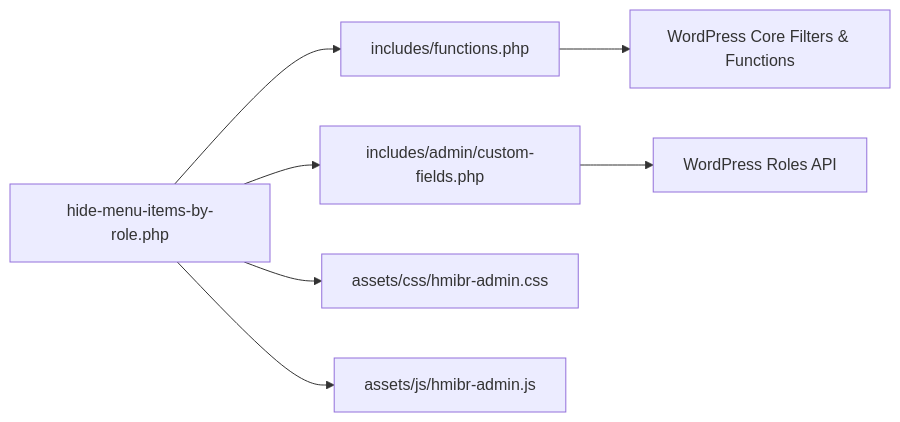
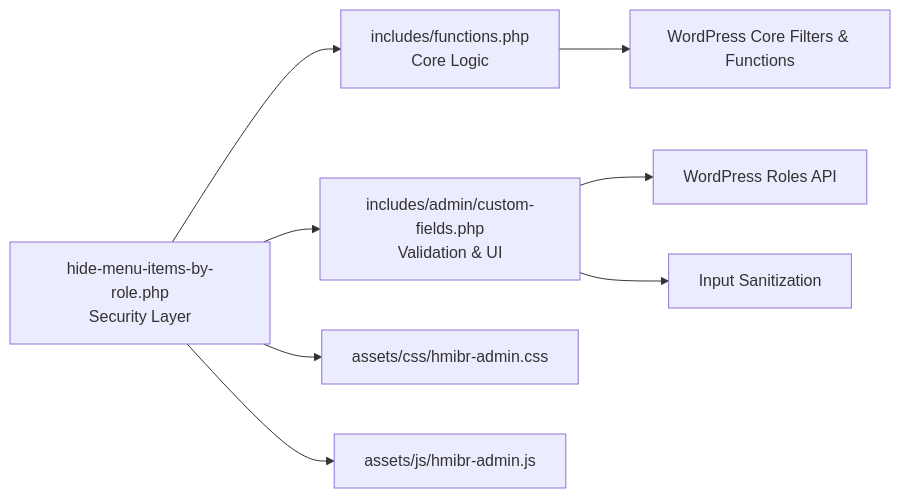
The sixth of 6 diagrams in .qoder/repowiki/en/content/Plugin Overview.md (mahfuzurwp/hide-menu-items-by-role), drawn with Mermaid before and after one commit. The commit also changed other lines of this file and 8 other files, not shown here.

````diff
--- a/.qoder/repowiki/en/content/Plugin Overview.md
+++ b/.qoder/repowiki/en/content/Plugin Overview.md
@@ -206,9 +263,10 @@
 ```mermaid
 graph LR
-Root["hide-menu-items-by-role.php"] --> Funcs["includes/functions.php"]
-Root --> AdminUI["includes/admin/custom-fields.php"]
+Root["hide-menu-items-by-role.php<br/>Security Layer"] --> Funcs["includes/functions.php<br/>Core Logic"]
+Root --> AdminUI["includes/admin/custom-fields.php<br/>Validation & UI"]
 Root --> CSS["assets/css/hmibr-admin.css"]
 Root --> JS["assets/js/hmibr-admin.js"]
 Funcs --> WPAPI["WordPress Core Filters & Functions"]
 AdminUI --> WPRoles["WordPress Roles API"]
+AdminUI --> Security["Input Sanitization"]
 ```
````
